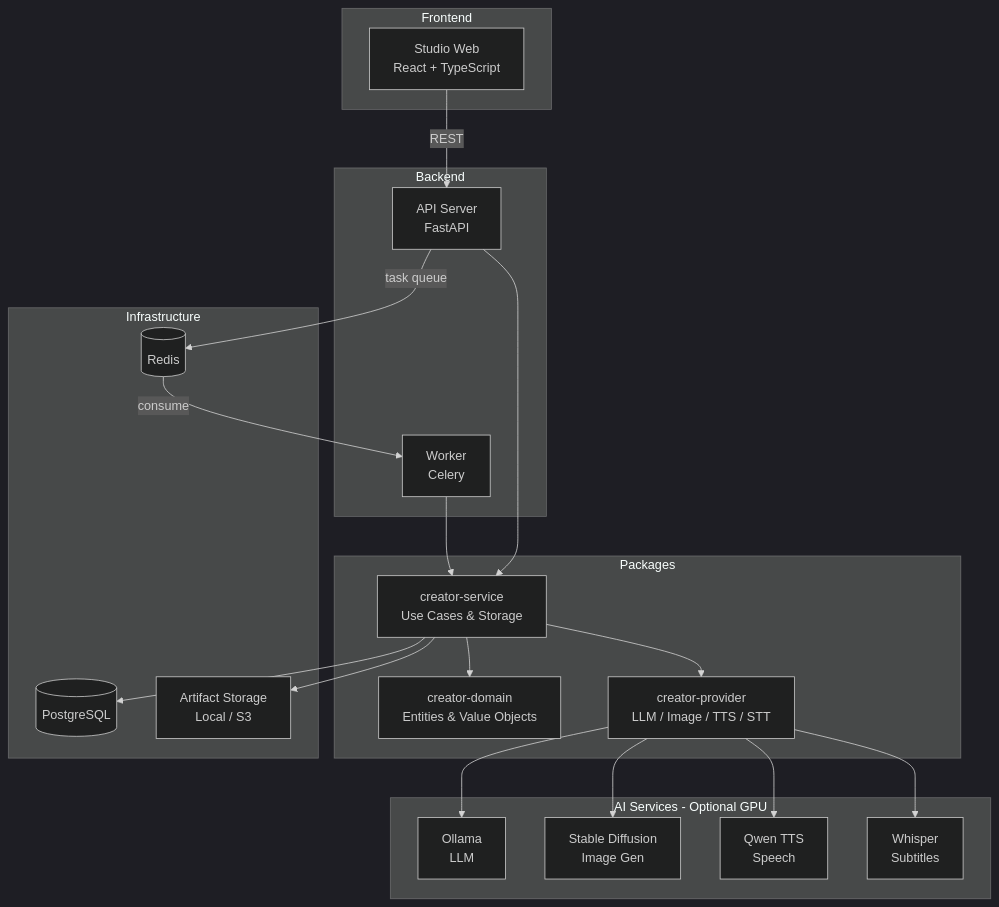
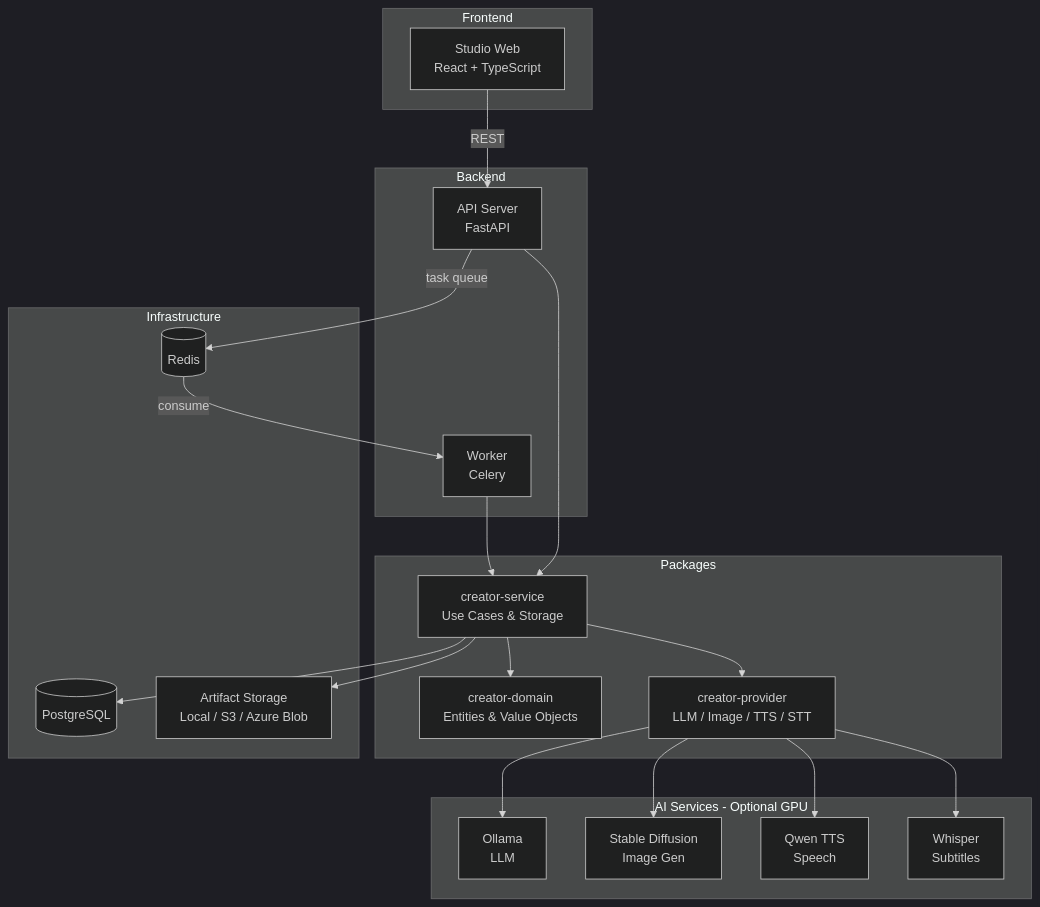
Before and after one commit to yeongseon/short-form-studio: the first of 3 diagrams in README.md, drawn with Mermaid (dark theme). The commit also changed other lines of this file and 18 other files, not shown here.

````diff
--- a/README.md
+++ b/README.md
@@ -33,44 +35,44 @@
 ```mermaid
 graph TB
     subgraph Frontend
         WEB[Studio Web<br/>React + TypeScript]
     end
 
     subgraph Backend
         API[API Server<br/>FastAPI]
         WORKER[Worker<br/>Celery]
     end
 
     subgraph Packages
         DOMAIN[creator-domain<br/>Entities & Value Objects]
         SERVICE[creator-service<br/>Use Cases & Storage]
         PROVIDER[creator-provider<br/>LLM / Image / TTS / STT]
     end
 
     subgraph Infrastructure
         PG[(PostgreSQL)]
         REDIS[(Redis)]
-        S3[Artifact Storage<br/>Local / S3]
+        S3[Artifact Storage<br/>Local / S3 / Azure Blob]
     end
 
     subgraph AI Services [AI Services - Optional GPU]
         OLLAMA[Ollama<br/>LLM]
         SD[Stable Diffusion<br/>Image Gen]
         TTS[Qwen TTS<br/>Speech]
         STT[Whisper<br/>Subtitles]
     end
 
     WEB -- REST --> API
     API -- task queue --> REDIS
     REDIS -- consume --> WORKER
     API --> SERVICE
     WORKER --> SERVICE
     SERVICE --> DOMAIN
     SERVICE --> PROVIDER
     PROVIDER --> OLLAMA
     PROVIDER --> SD
     PROVIDER --> TTS
     PROVIDER --> STT
     SERVICE --> PG
     SERVICE --> S3
 ```
````
